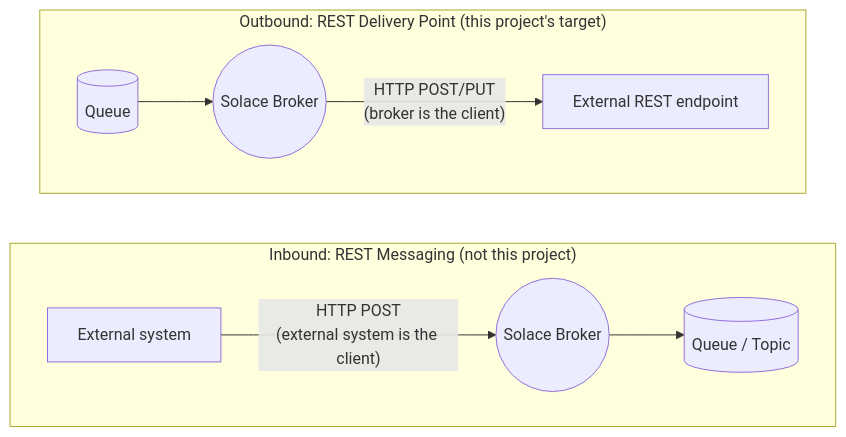
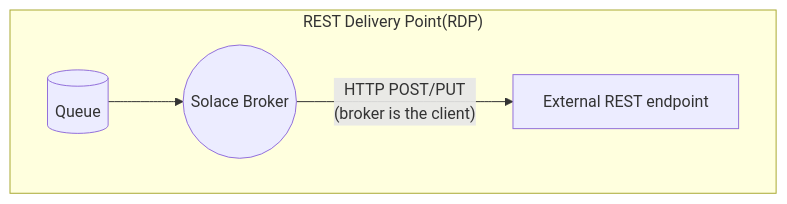
Before and after one commit to seyyatech/solace-rdp-bridge: the first of 3 diagrams in docs/architecture.md, drawn with Mermaid. The commit also changed 2 other files, not shown here.

````diff
--- a/docs/architecture.md
+++ b/docs/architecture.md
@@ -16,14 +16,8 @@
 ```mermaid
 flowchart LR
-    subgraph Inbound["Inbound: REST Messaging (not this project)"]
-        direction LR
-        EXT_IN[External system] -->|"HTTP POST\n(external system is the client)"| BROKER1((Solace Broker))
-        BROKER1 --> Q1[(Queue / Topic)]
-    end
-
-    subgraph Outbound["Outbound: REST Delivery Point (this project's target)"]
+    subgraph Outbound["REST Delivery Point(RDP)"]
         direction LR
         Q2[(Queue)] --> BROKER2((Solace Broker))
         BROKER2 -->|"HTTP POST/PUT\n(broker is the client)"| EXT_OUT[External REST endpoint]
     end
 ```
````
